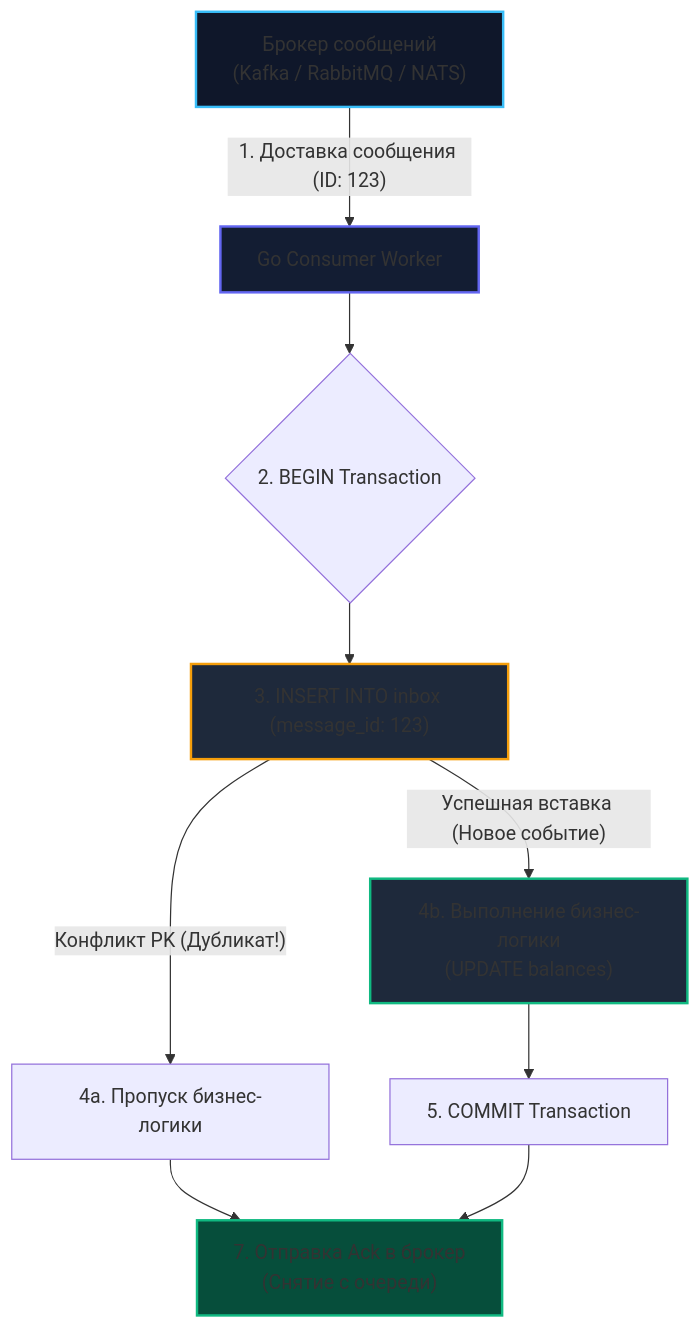
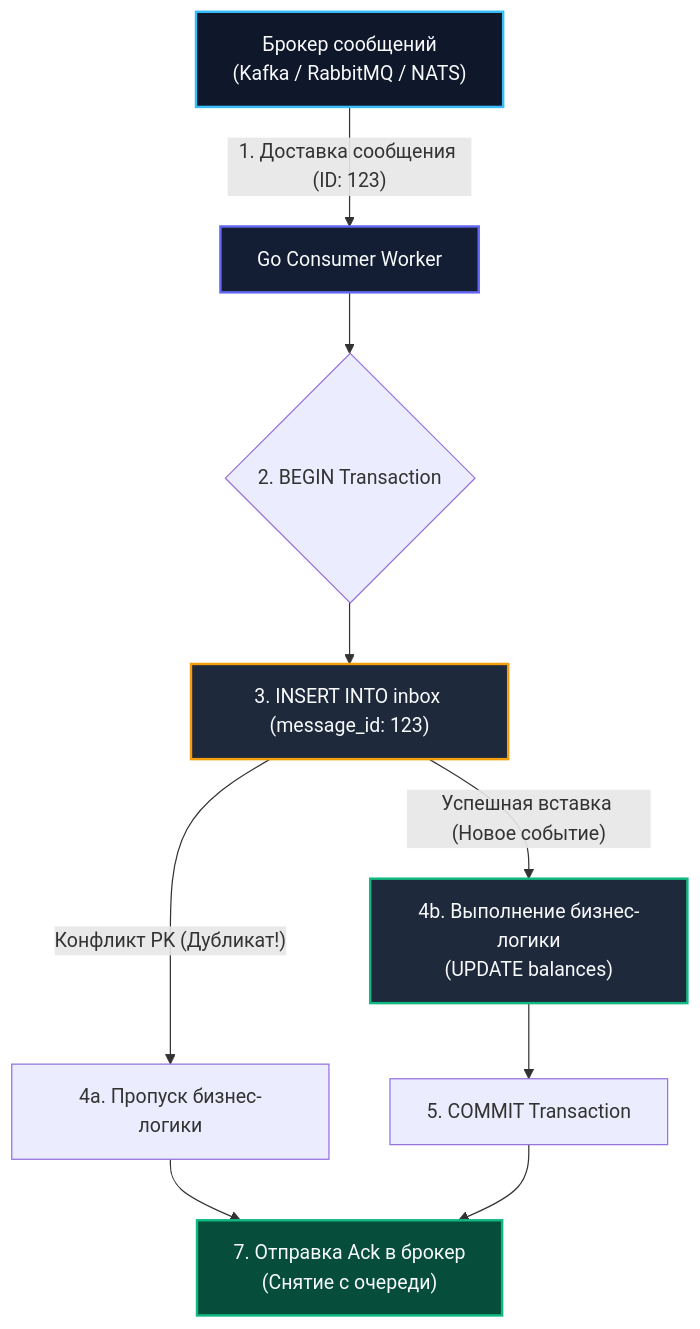
Before and after one commit to UnrealTemplier/go-textbook: the diagram in sources/13. Очереди, брокеры сообщений и оркестраторы/05. Паттерны и архитектура/7. Inbox pattern.md, drawn with Mermaid. The commit also changed 310 other files, not shown here.

First line of the commit message:
fix(mermaid): replace light fill colors with dark palette for readability on dark theme

````diff
--- a/sources/13. Очереди, брокеры сообщений и оркестраторы/05. Паттерны и архитектура/7. Inbox pattern.md
+++ b/sources/13. Очереди, брокеры сообщений и оркестраторы/05. Паттерны и архитектура/7. Inbox pattern.md
@@ -54,19 +54,19 @@
 ```mermaid
 flowchart TD
     A["Брокер сообщений<br>(Kafka / RabbitMQ / NATS)"] -->|"1. Доставка сообщения (ID: 123)"| B["Go Consumer Worker"]
     B --> C{"2. BEGIN Transaction"}
     C --> D["3. INSERT INTO inbox (message_id: 123)"]
     
     D -->|"Конфликт PK (Дубликат!)"| E["4a. Пропуск бизнес-логики"]
     E --> F["7. Отправка Ack в брокер<br>(Снятие с очереди)"]
     
     D -->|"Успешная вставка (Новое событие)"| G["4b. Выполнение бизнес-логики<br>(UPDATE balances)"]
     G --> H["5. COMMIT Transaction"]
     H --> F
 
-    style A fill:#0f172a,stroke:#38bdf8,stroke-width:2px
-    style B fill:#131d33,stroke:#6366f1,stroke-width:2px
-    style D fill:#1e293b,stroke:#f59e0b,stroke-width:2px
-    style G fill:#1e293b,stroke:#10b981,stroke-width:2px
-    style F fill:#064e3b,stroke:#10b981,stroke-width:2px
+    style A fill:#0f172a,stroke:#38bdf8,stroke-width:2px,color:#f8fafc
+    style B fill:#131d33,stroke:#6366f1,stroke-width:2px,color:#f8fafc
+    style D fill:#1e293b,stroke:#f59e0b,stroke-width:2px,color:#f8fafc
+    style G fill:#1e293b,stroke:#10b981,stroke-width:2px,color:#f8fafc
+    style F fill:#064e3b,stroke:#10b981,stroke-width:2px,color:#f8fafc
 ```
````
